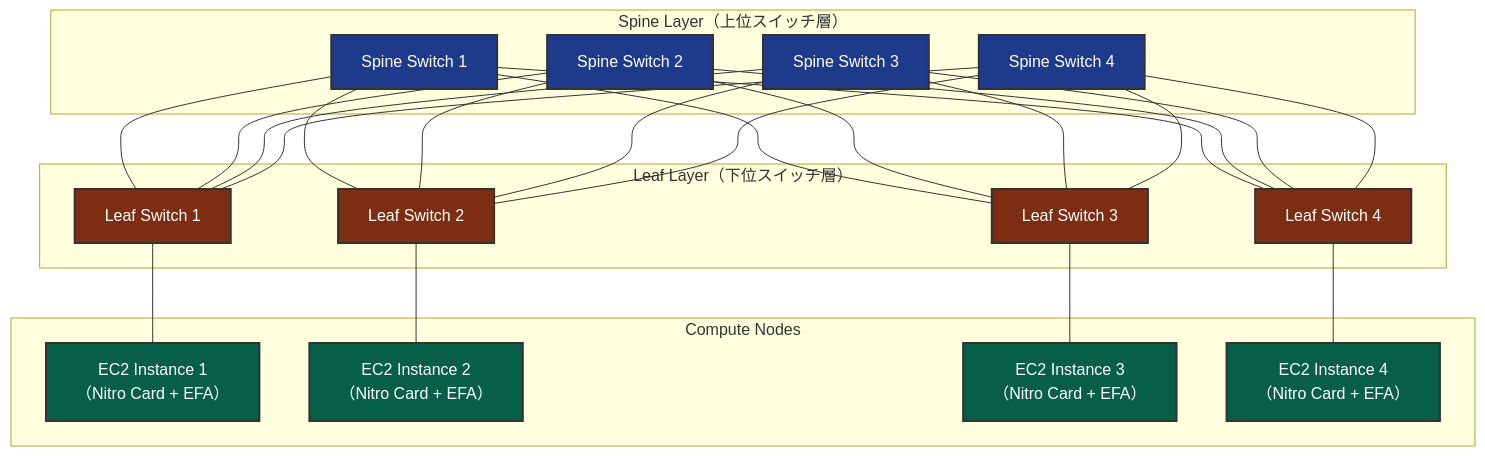
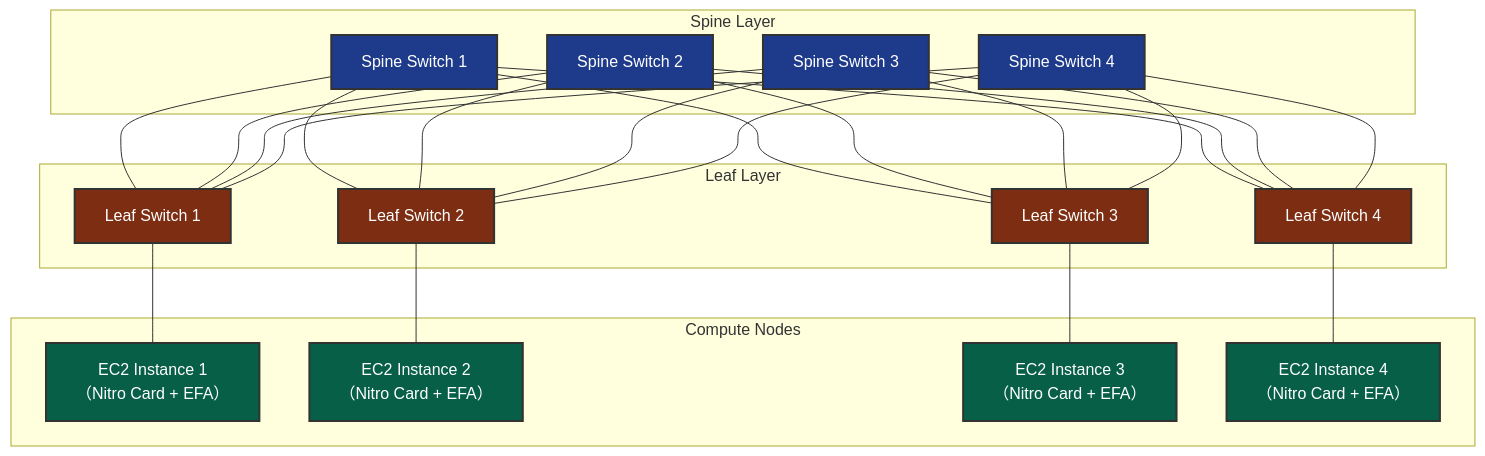
The second of 12 diagrams in articles/0eeb53ca63f8b2.md (littlemex/zenn), drawn with Mermaid before and after one commit. The commit also changed other lines of this file, not shown here.

````diff
--- a/articles/0eeb53ca63f8b2.md
+++ b/articles/0eeb53ca63f8b2.md
@@ -191,63 +178,63 @@
 ```mermaid
 graph TB
-    subgraph "Spine Layer（上位スイッチ層）"
+    subgraph "Spine Layer"
         S1["Spine Switch 1"]
         S2["Spine Switch 2"]
         S3["Spine Switch 3"]
         S4["Spine Switch 4"]
     end
 
-    subgraph "Leaf Layer（下位スイッチ層）"
+    subgraph "Leaf Layer"
         L1["Leaf Switch 1"]
         L2["Leaf Switch 2"]
         L3["Leaf Switch 3"]
         L4["Leaf Switch 4"]
     end
 
     subgraph "Compute Nodes"
         N1["EC2 Instance 1<br/>（Nitro Card + EFA）"]
         N2["EC2 Instance 2<br/>（Nitro Card + EFA）"]
         N3["EC2 Instance 3<br/>（Nitro Card + EFA）"]
         N4["EC2 Instance 4<br/>（Nitro Card + EFA）"]
     end
 
     %% Spine-Leaf connections (full mesh)
     S1 --- L1
     S1 --- L2
     S1 --- L3
     S1 --- L4
 
     S2 --- L1
     S2 --- L2
     S2 --- L3
     S2 --- L4
 
     S3 --- L1
     S3 --- L2
     S3 --- L3
     S3 --- L4
 
     S4 --- L1
     S4 --- L2
     S4 --- L3
     S4 --- L4
 
     %% Leaf-Node connections
     L1 --- N1
     L2 --- N2
     L3 --- N3
     L4 --- N4
 
-    style S1 fill:#1e3a8a,stroke:#333,stroke-width:2px,color:#fff
-    style S2 fill:#1e3a8a,stroke:#333,stroke-width:2px,color:#fff
-    style S3 fill:#1e3a8a,stroke:#333,stroke-width:2px,color:#fff
-    style S4 fill:#1e3a8a,stroke:#333,stroke-width:2px,color:#fff
-    style L1 fill:#7c2d12,stroke:#333,stroke-width:2px,color:#fff
-    style L2 fill:#7c2d12,stroke:#333,stroke-width:2px,color:#fff
-    style L3 fill:#7c2d12,stroke:#333,stroke-width:2px,color:#fff
-    style L4 fill:#7c2d12,stroke:#333,stroke-width:2px,color:#fff
-    style N1 fill:#065f46,stroke:#333,stroke-width:2px,color:#fff
-    style N2 fill:#065f46,stroke:#333,stroke-width:2px,color:#fff
-    style N3 fill:#065f46,stroke:#333,stroke-width:2px,color:#fff
-    style N4 fill:#065f46,stroke:#333,stroke-width:2px,color:#fff
+    style S1 fill: #1e3a8a,stroke: #333,stroke-width:2px,color: #fff
+    style S2 fill: #1e3a8a,stroke: #333,stroke-width:2px,color: #fff
+    style S3 fill: #1e3a8a,stroke: #333,stroke-width:2px,color: #fff
+    style S4 fill: #1e3a8a,stroke: #333,stroke-width:2px,color: #fff
+    style L1 fill: #7c2d12,stroke: #333,stroke-width:2px,color: #fff
+    style L2 fill: #7c2d12,stroke: #333,stroke-width:2px,color: #fff
+    style L3 fill: #7c2d12,stroke: #333,stroke-width:2px,color: #fff
+    style L4 fill: #7c2d12,stroke: #333,stroke-width:2px,color: #fff
+    style N1 fill: #065f46,stroke: #333,stroke-width:2px,color: #fff
+    style N2 fill: #065f46,stroke: #333,stroke-width:2px,color: #fff
+    style N3 fill: #065f46,stroke: #333,stroke-width:2px,color: #fff
+    style N4 fill: #065f46,stroke: #333,stroke-width:2px,color: #fff
 ```
````
